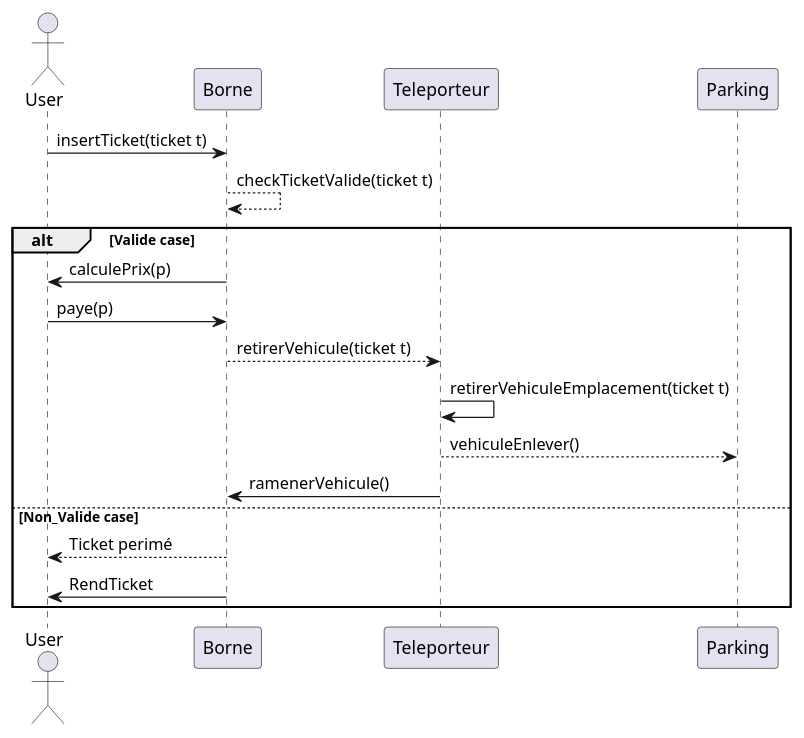
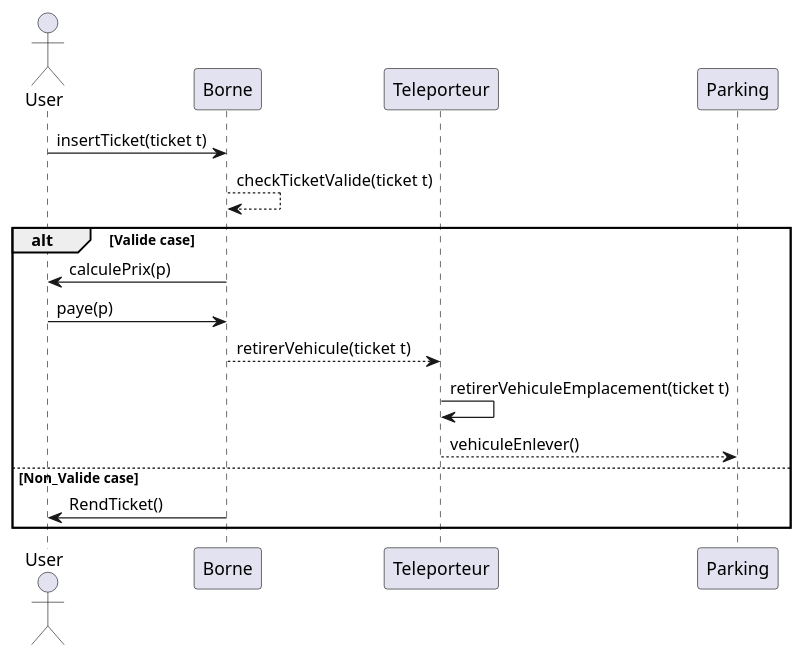
One commit to YoannGa/PTUT2018 changed the diagram in Documentation/sequence_recup-vehicule.pu. Above: the diagram before and after it, drawn with PlantUML. The commit also changed 2 other files, not shown here.

Commit message:
SEQUENCE : new png

```diff
--- a/Documentation/sequence_recup-vehicule.pu
+++ b/Documentation/sequence_recup-vehicule.pu
@@ -1,17 +1,15 @@
 @startuml
 actor User as U
 U -> Borne: insertTicket(ticket t)
 Borne --> Borne: checkTicketValide(ticket t)
 
 alt Valide case
   Borne -> U: calculePrix(p)
   U -> Borne: paye(p)
   Borne --> Teleporteur: retirerVehicule(ticket t)
   Teleporteur -> Teleporteur: retirerVehiculeEmplacement(ticket t)
   Teleporteur --> Parking: vehiculeEnlever()
-  Teleporteur -> Borne: ramenerVehicule()
 else Non_Valide case
-  Borne --> U: Ticket perimé
-  Borne -> U:RendTicket
+  Borne -> U:RendTicket()
 end
 @enduml
```
